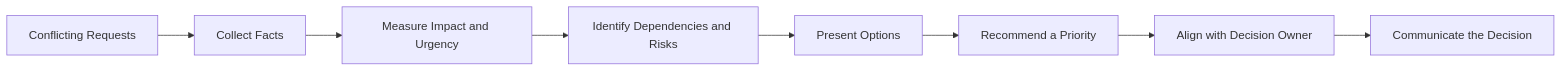
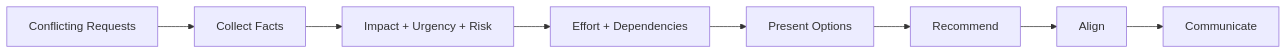
One commit to AvadhBhalodiya/Interview-Preparation changed the seventh of 8 diagrams in src/content/behavioral/prioritization-tradeoffs.md. Above: the diagram before and after it, drawn with Mermaid. The commit also changed other lines of this file and 54 other files, not shown here.

````diff
--- a/src/content/behavioral/prioritization-tradeoffs.md
+++ b/src/content/behavioral/prioritization-tradeoffs.md
@@ -362,10 +401,10 @@
 ```mermaid
 flowchart LR
     A[Conflicting Requests] --> B[Collect Facts]
-    B --> C[Measure Impact and Urgency]
-    C --> D[Identify Dependencies and Risks]
+    B --> C["Impact + Urgency + Risk"]
+    C --> D["Effort + Dependencies"]
     D --> E[Present Options]
-    E --> F[Recommend a Priority]
-    F --> G[Align with Decision Owner]
-    G --> H[Communicate the Decision]
+    E --> F[Recommend]
+    F --> G[Align]
+    G --> H[Communicate]
 ```
````
